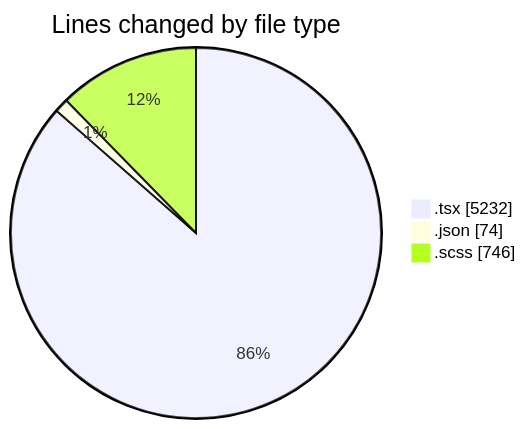
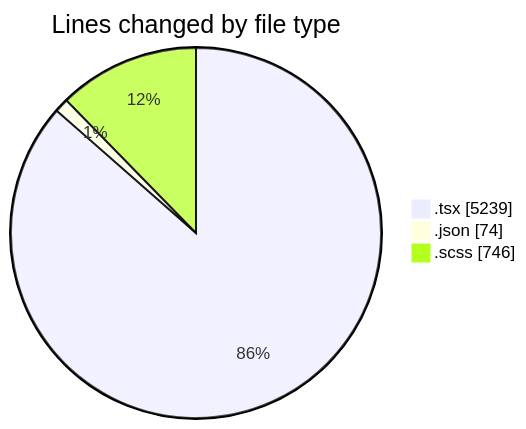
Before and after one commit to momahboobian/code-tracking: the first of 2 diagrams in 2025-04-08/cda/README.md, drawn with Mermaid. The commit also changed other lines of this file and 1 other file, not shown here.

````diff
--- a/2025-04-08/cda/README.md
+++ b/2025-04-08/cda/README.md
@@ -36,7 +36,7 @@
 ```mermaid
 pie showData
 title Lines changed by file type
-".tsx" : 5232
+".tsx" : 5239
 ".json" : 74
 ".scss" : 746
 ```
````
